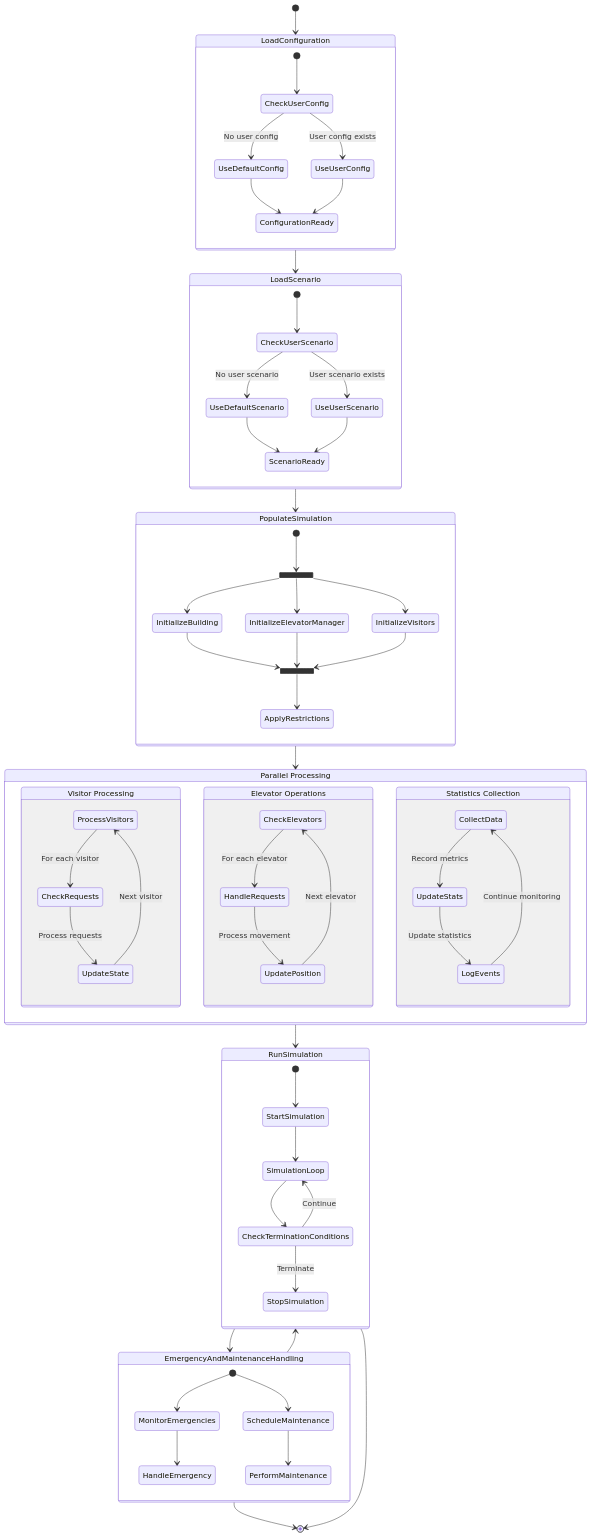
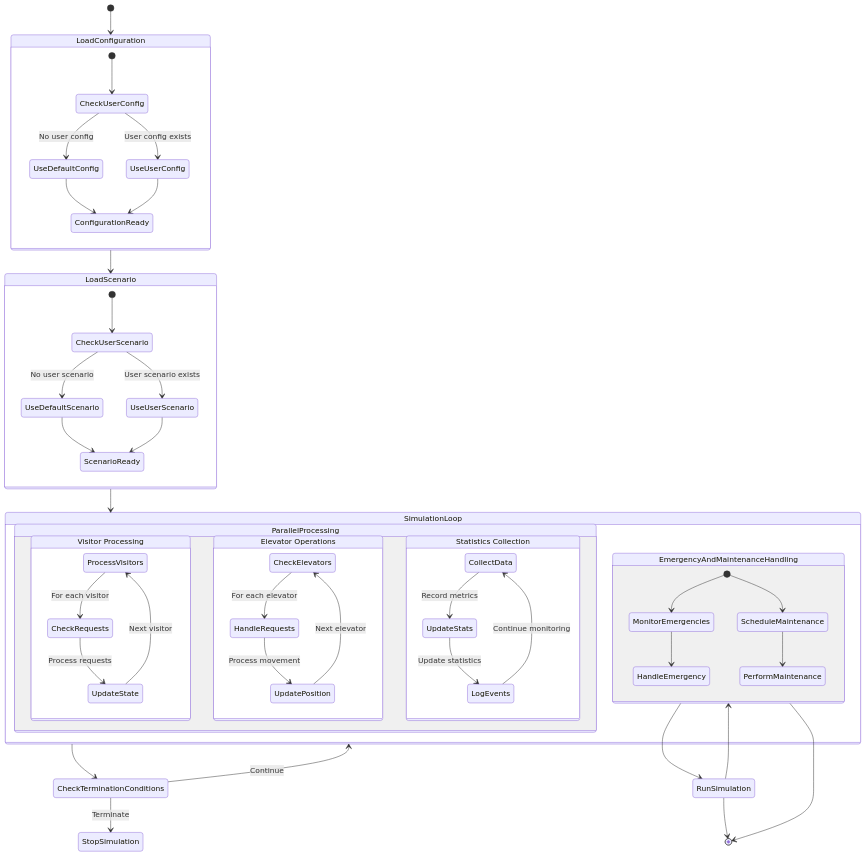
Before and after one commit to TheFakeLorLyons/elevators-visitors-state-diagrams: the diagram in root/visible_on_github/run_sim_act_diagram.md, drawn with Mermaid. The commit also changed 6 other files, not shown here.

Commit message:
Improved the elevator ride and run simulation sequence diagrams, fixed the link and directory in the readme, and uploaded PNG images of the runSimulation sequence and activity diagrams

````diff
--- a/root/visible_on_github/run_sim_act_diagram.md
+++ b/root/visible_on_github/run_sim_act_diagram.md
@@ -1,79 +1,58 @@
 ```mermaid
 stateDiagram-v2
     [*] --> LoadConfiguration
     state LoadConfiguration {
         [*] --> CheckUserConfig
         CheckUserConfig --> UseDefaultConfig : No user config
         CheckUserConfig --> UseUserConfig : User config exists
         UseDefaultConfig --> ConfigurationReady
         UseUserConfig --> ConfigurationReady
     }
 
     state LoadScenario {
         [*] --> CheckUserScenario
         CheckUserScenario --> UseDefaultScenario : No user scenario
         CheckUserScenario --> UseUserScenario : User scenario exists
         UseDefaultScenario --> ScenarioReady
         UseUserScenario --> ScenarioReady
     }
-
     LoadConfiguration --> LoadScenario
     
-    state PopulateSimulation {
-        state fork_state <<fork>>
-        state join_state <<join>>
+    state SimulationLoop {
+        state ParallelProcessing {
+            state "Visitor Processing" as visitors {
+                ProcessVisitors --> CheckRequests: For each visitor
+                CheckRequests --> UpdateState: Process requests
+                UpdateState --> ProcessVisitors: Next visitor
+            }
+            state "Elevator Operations" as elevators {
+                CheckElevators --> HandleRequests: For each elevator
+                HandleRequests --> UpdatePosition: Process movement
+                UpdatePosition --> CheckElevators: Next elevator
+            }
+            state "Statistics Collection" as stats {
+                CollectData --> UpdateStats: Record metrics
+                UpdateStats --> LogEvents: Update statistics
+                LogEvents --> CollectData: Continue monitoring
+            }
+        }
         
-        [*] --> fork_state
-        fork_state --> InitializeBuilding
-        fork_state --> InitializeElevatorManager
-        fork_state --> InitializeVisitors
-        
-        InitializeBuilding --> join_state
-        InitializeElevatorManager --> join_state
-        InitializeVisitors --> join_state
-        
-        join_state --> ApplyRestrictions
-    }
-    LoadScenario --> PopulateSimulation
-    
-    state "Parallel Processing" as Parallel {
-        state "Visitor Processing" as visitors {
-            ProcessVisitors --> CheckRequests: For each visitor
-            CheckRequests --> UpdateState: Process requests
-            UpdateState --> ProcessVisitors: Next visitor
-        }
-        state "Elevator Operations" as elevators {
-            CheckElevators --> HandleRequests: For each elevator
-            HandleRequests --> UpdatePosition: Process movement
-            UpdatePosition --> CheckElevators: Next elevator
-        }
-        state "Statistics Collection" as stats {
-            CollectData --> UpdateStats: Record metrics
-            UpdateStats --> LogEvents: Update statistics
-            LogEvents --> CollectData: Continue monitoring
+        state EmergencyAndMaintenanceHandling {
+            [*] --> MonitorEmergencies
+            [*] --> ScheduleMaintenance
+            MonitorEmergencies --> HandleEmergency
+            ScheduleMaintenance --> PerformMaintenance
         }
     }
-    PopulateSimulation --> Parallel
-
-    state RunSimulation {
-        [*] --> StartSimulation
-        StartSimulation --> SimulationLoop
-        SimulationLoop --> CheckTerminationConditions
-        CheckTerminationConditions --> SimulationLoop : Continue
-        CheckTerminationConditions --> StopSimulation : Terminate
-    }
-    Parallel --> RunSimulation
-    
-    state EmergencyAndMaintenanceHandling {
-        [*] --> MonitorEmergencies
-        [*] --> ScheduleMaintenance
-        MonitorEmergencies --> HandleEmergency
-        ScheduleMaintenance --> PerformMaintenance
-    }
+    LoadScenario --> SimulationLoop
+        
+    SimulationLoop --> CheckTerminationConditions
+    CheckTerminationConditions --> SimulationLoop : Continue
+    CheckTerminationConditions --> StopSimulation : Terminate
 
     RunSimulation --> EmergencyAndMaintenanceHandling
     
     EmergencyAndMaintenanceHandling --> RunSimulation
     EmergencyAndMaintenanceHandling --> [*]
     RunSimulation --> [*]
 ```
````
